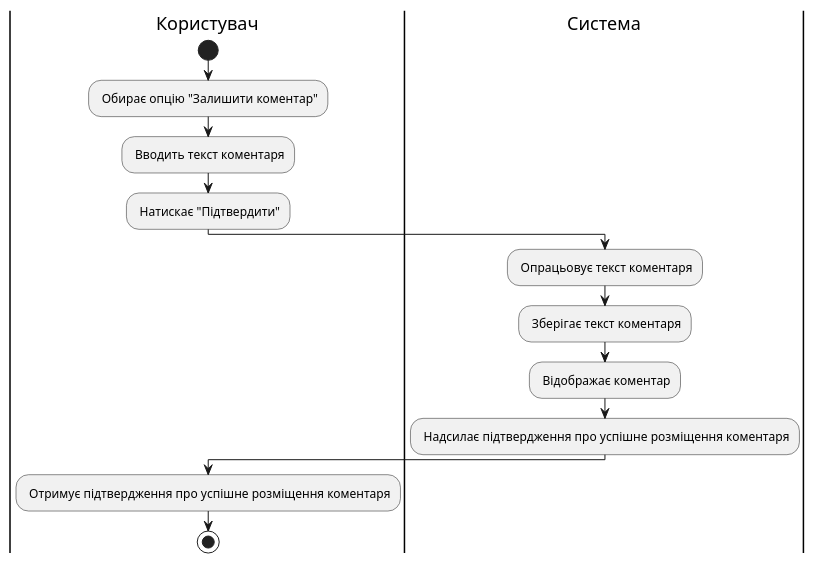
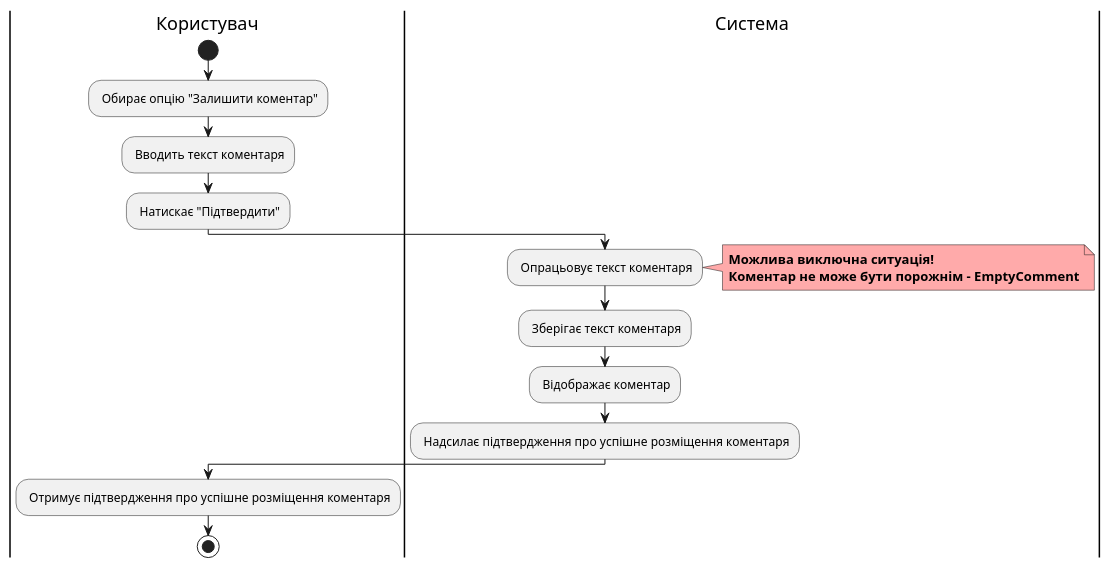
Before and after one commit to watashone/db-labs: the tenth of 19 diagrams in docs/use cases/README.md, drawn with PlantUML. The commit also changed other lines of this file, not shown here.

````diff
--- a/docs/use cases/README.md
+++ b/docs/use cases/README.md
@@ -310,17 +318,21 @@
 ```plantuml
 @startuml
     |Користувач|
         start
         : Обирає опцію "Залишити коментар";
         : Вводить текст коментаря;
         : Натискає "Підтвердити";
     |Система|
         : Опрацьовує текст коментаря;
+        note right #ffaaaa
+        <b>Можлива виключна ситуація!</b>
+        <b>Коментар не може бути порожнім - EmptyComment</b>
+        end note
         : Зберігає текст коментаря;
         : Відображає коментар;
         : Надсилає підтвердження про успішне розміщення коментаря;
     |Користувач|
         : Отримує підтвердження про успішне розміщення коментаря;
         stop
 @enduml
 ```
````
